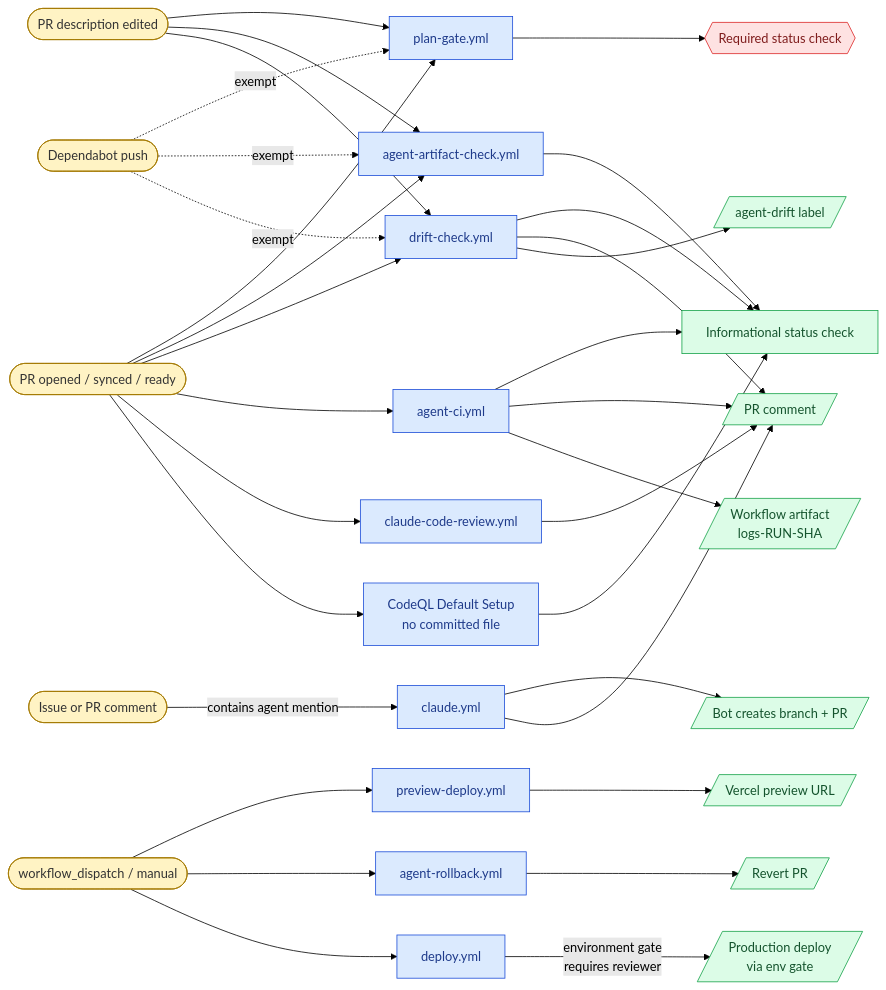
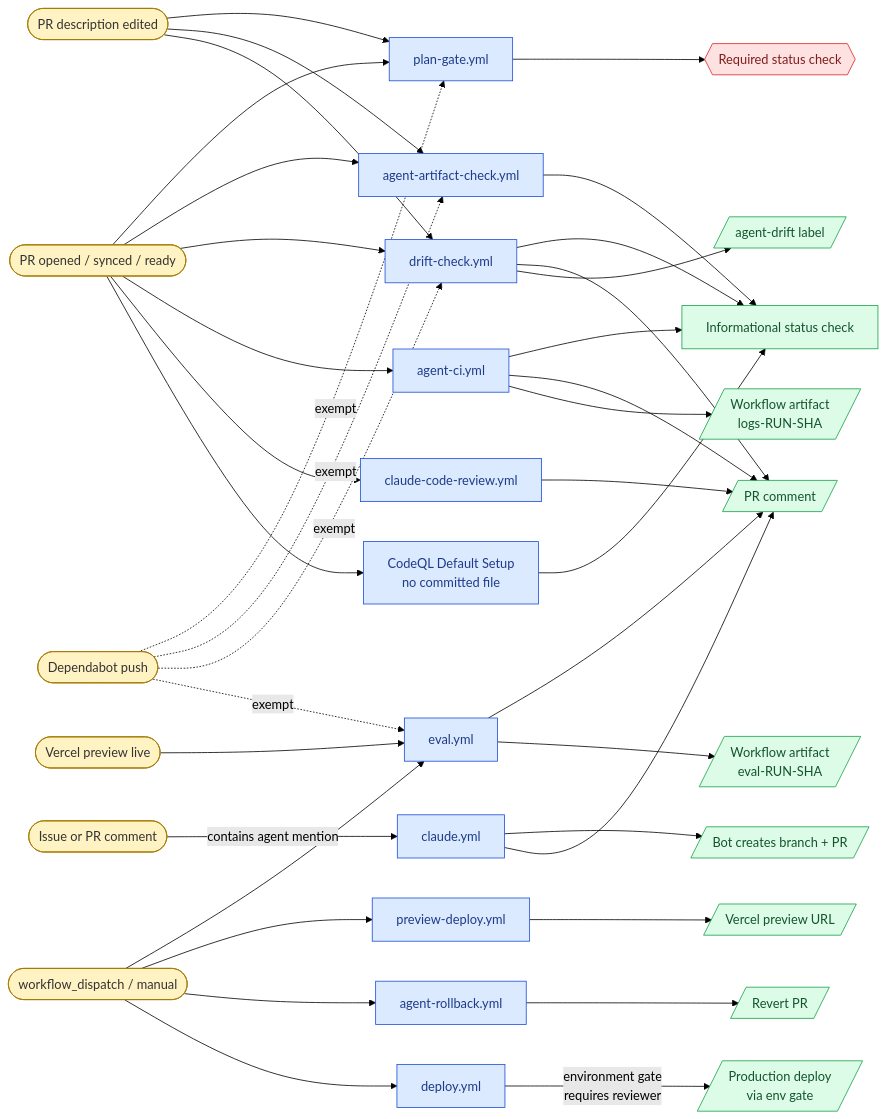
The first of 2 diagrams in docs/WORKFLOWS.md (lpt-labs/london-premium-transfers), drawn with Mermaid (forest theme) before and after one commit. The commit also changed other lines of this file and 1 other file, not shown here.

Commit message:
docs: document eval workflow in WORKFLOWS.md and AGENT_PLAYBOOK.md

````diff
--- a/docs/WORKFLOWS.md
+++ b/docs/WORKFLOWS.md
@@ -14,11 +14,13 @@
     COMMENT([Issue or PR comment])
     DISPATCH([workflow_dispatch / manual])
     DEPENDABOT([Dependabot push])
+    VERCEL_DEPLOY_SUCCESS([Vercel preview live])
 
     %% Workflows
     PLAN_GATE[plan-gate.yml]
     ARTIFACT_CHECK[agent-artifact-check.yml]
     DRIFT[drift-check.yml]
+    EVAL[eval.yml]
     AGENT_CI[agent-ci.yml]
     CLAUDE[claude.yml]
     CLAUDE_REVIEW[claude-code-review.yml]
@@ -33,6 +35,7 @@
     PR_COMMENT[/PR comment/]
     LABEL_DRIFT[/agent-drift label/]
     ARTIFACT[/Workflow artifact<br/>logs-RUN-SHA/]
+    ARTIFACT_EVAL[/Workflow artifact<br/>eval-RUN-SHA/]
     BOT_PR[/Bot creates branch + PR/]
     VERCEL_PREVIEW[/Vercel preview URL/]
     PROD_DEPLOY[/Production deploy<br/>via env gate/]
@@ -53,6 +56,12 @@
     DRIFT --> INFO_CHECK
     DRIFT --> PR_COMMENT
     DRIFT --> LABEL_DRIFT
+
+    VERCEL_DEPLOY_SUCCESS --> EVAL
+    DISPATCH --> EVAL
+    DEPENDABOT -.exempt.-> EVAL
+    EVAL --> PR_COMMENT
+    EVAL --> ARTIFACT_EVAL
 
     PR_OPEN --> AGENT_CI
     AGENT_CI --> INFO_CHECK
@@ -76,8 +85,8 @@
     classDef output fill:#dcfce7,stroke:#16a34a,color:#14532d
     classDef gate fill:#fee2e2,stroke:#dc2626,color:#7f1d1d
 
-    class PR_OPEN,PR_BODY_EDIT,COMMENT,DISPATCH,DEPENDABOT trigger
-    class PLAN_GATE,ARTIFACT_CHECK,DRIFT,AGENT_CI,CLAUDE,CLAUDE_REVIEW,PREVIEW,ROLLBACK,DEPLOY,CODEQL workflow
-    class PR_COMMENT,LABEL_DRIFT,ARTIFACT,BOT_PR,VERCEL_PREVIEW,PROD_DEPLOY,REVERT_PR,INFO_CHECK output
+    class PR_OPEN,PR_BODY_EDIT,COMMENT,DISPATCH,DEPENDABOT,VERCEL_DEPLOY_SUCCESS trigger
+    class PLAN_GATE,ARTIFACT_CHECK,DRIFT,EVAL,AGENT_CI,CLAUDE,CLAUDE_REVIEW,PREVIEW,ROLLBACK,DEPLOY,CODEQL workflow
+    class PR_COMMENT,LABEL_DRIFT,ARTIFACT,ARTIFACT_EVAL,BOT_PR,VERCEL_PREVIEW,PROD_DEPLOY,REVERT_PR,INFO_CHECK output
     class REQUIRED_CHECK gate
 ```
````
